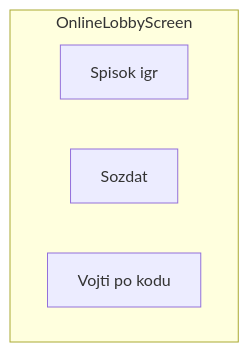
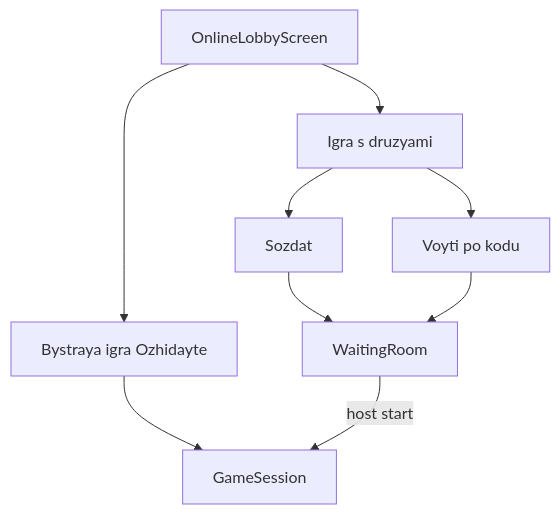
One commit to ivanbogomoloff/fool-card-game changed the diagram in docs/phases/phase-05-online/README.md. Above: the diagram before and after it, drawn with Mermaid. The commit also changed other lines of this file and 45 other files, not shown here.

````diff
--- a/docs/phases/phase-05-online/README.md
+++ b/docs/phases/phase-05-online/README.md
@@ -15,8 +22,15 @@
 ```mermaid
-flowchart TB
-    subgraph onlineLobby [OnlineLobbyScreen]
-        GameList[Spisok igr]
-        BtnCreate[Sozdat]
-        BtnJoin[Vojti po kodu]
-    end
+flowchart TD
+  Lobby[OnlineLobbyScreen]
+  Quick[Bystraya igra Ozhidayte]
+  Friends[Igra s druzyami]
+  Create[Sozdat]
+  Join[Voyti po kodu]
+  Wait[WaitingRoom]
+  Match[GameSession]
+  Lobby --> Quick --> Match
+  Lobby --> Friends
+  Friends --> Create --> Wait
+  Friends --> Join --> Wait
+  Wait -->|host start| Match
 ```
````
